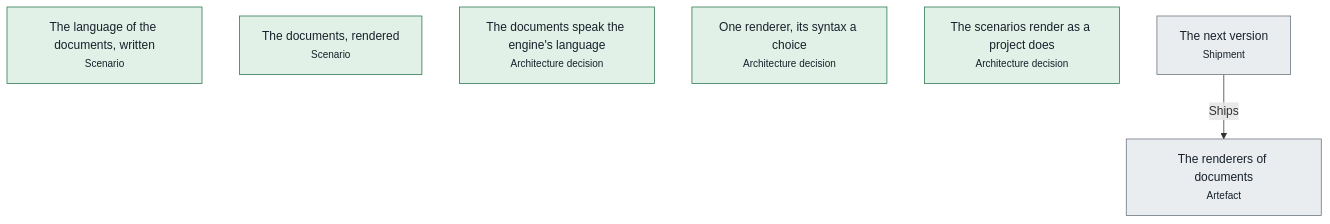
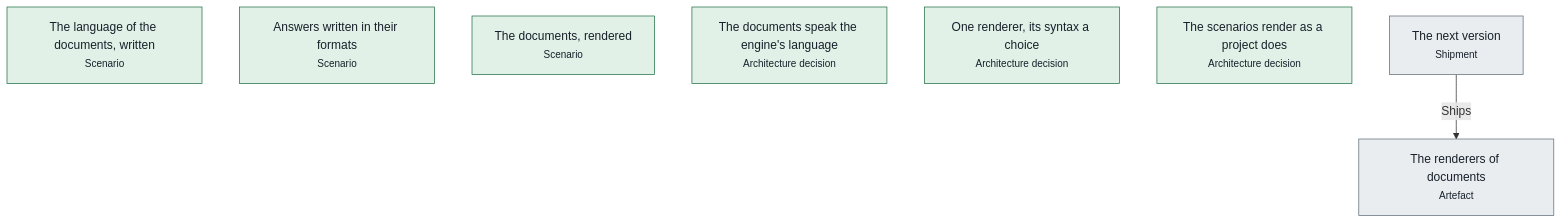
One commit to advancedcognitivesystems-ai/trame changed the first of 2 diagrams in libs/documents/docs/pipelines.md. Above: the diagram before and after it, drawn with Mermaid. The commit also changed other lines of this file and 364 other files, not shown here.

First line of the commit message:
A command declares its line; std reads it and writes documents in the format the line names (g135)

````diff
--- a/libs/documents/docs/pipelines.md
+++ b/libs/documents/docs/pipelines.md
@@ -15,16 +15,17 @@
 ```mermaid
 flowchart TB
   n0["The renderers of documents<br/><small>Artefact</small>"]:::unknown
   n1["The language of the documents, written<br/><small>Scenario</small>"]:::held
-  n2["The documents, rendered<br/><small>Scenario</small>"]:::held
-  n3["The documents speak the engine's language<br/><small>Architecture decision</small>"]:::held
-  n4["One renderer, its syntax a choice<br/><small>Architecture decision</small>"]:::held
-  n5["The scenarios render as a project does<br/><small>Architecture decision</small>"]:::held
-  n6["The next version<br/><small>Shipment</small>"]:::unknown
-  n6 -->|Ships| n0
+  n2["Answers written in their formats<br/><small>Scenario</small>"]:::held
+  n3["The documents, rendered<br/><small>Scenario</small>"]:::held
+  n4["The documents speak the engine's language<br/><small>Architecture decision</small>"]:::held
+  n5["One renderer, its syntax a choice<br/><small>Architecture decision</small>"]:::held
+  n6["The scenarios render as a project does<br/><small>Architecture decision</small>"]:::held
+  n7["The next version<br/><small>Shipment</small>"]:::unknown
+  n7 -->|Ships| n0
   classDef held fill:#e1f1e7,stroke:#26734a,color:#17202a
   classDef blocked fill:#fbf0d9,stroke:#9a6200,color:#17202a
   classDef violated fill:#f9e3e1,stroke:#ad2a22,color:#17202a
   classDef unknown fill:#e9edf0,stroke:#65707c,color:#17202a
   classDef neutral fill:#ffffff,stroke:#5a6672,color:#17202a
 ```
````
